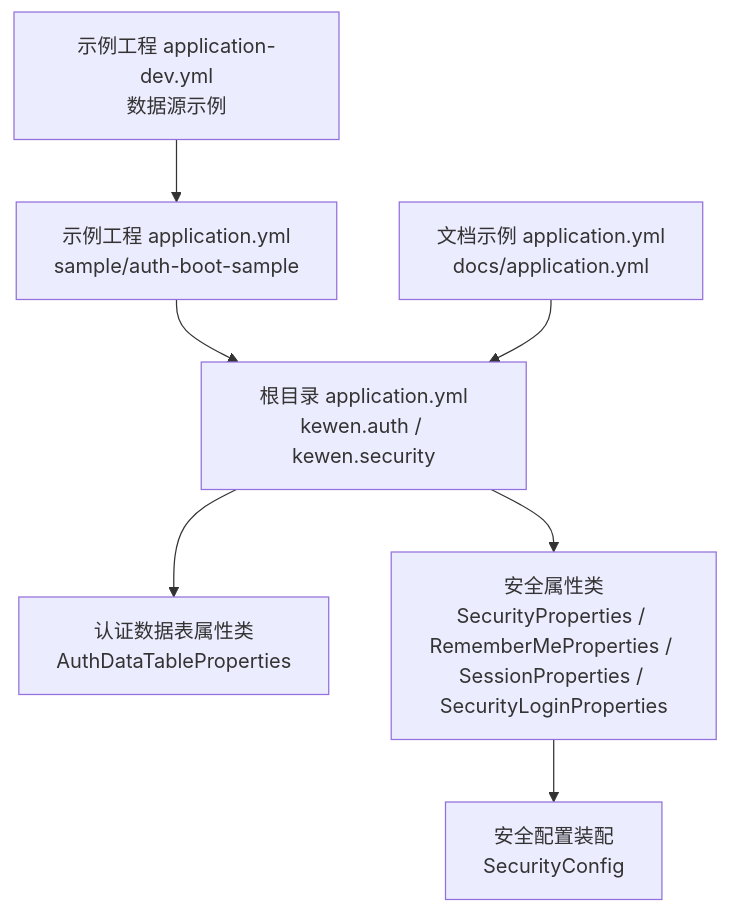
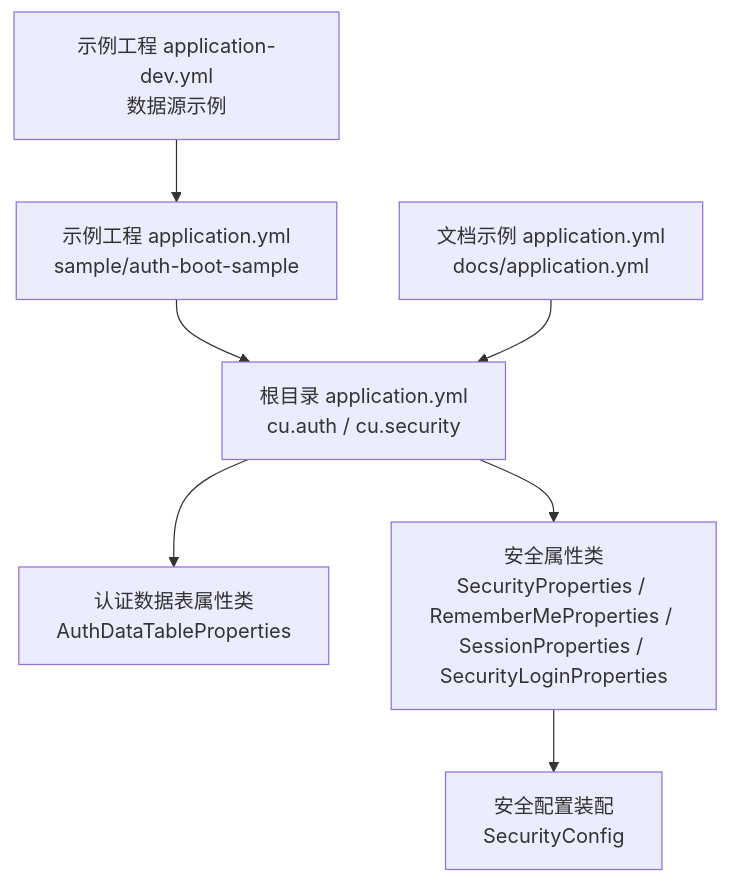
The first of 3 diagrams in .qoder/repowiki/zh/content/配置指南/全局配置.md (LiukewenSC/kewen-framework), drawn with Mermaid before and after one commit. The commit also changed other lines of this file and 764 other files, not shown here.

````diff
--- a/.qoder/repowiki/zh/content/配置指南/全局配置.md
+++ b/.qoder/repowiki/zh/content/配置指南/全局配置.md
@@ -39,9 +39,9 @@
 ```mermaid
 graph TB
-A["根目录 application.yml<br/>kewen.auth / kewen.security"] --> B["认证数据表属性类<br/>AuthDataTableProperties"]
+A["根目录 application.yml<br/>cu.auth / cu.security"] --> B["认证数据表属性类<br/>AuthDataTableProperties"]
 A --> C["安全属性类<br/>SecurityProperties / RememberMeProperties / SessionProperties / SecurityLoginProperties"]
 C --> D["安全配置装配<br/>SecurityConfig"]
 E["示例工程 application.yml<br/>sample/auth-boot-sample"] --> A
 F["示例工程 application-dev.yml<br/>数据源示例"] --> E
 G["文档示例 application.yml<br/>docs/application.yml"] --> A
 ```
````
